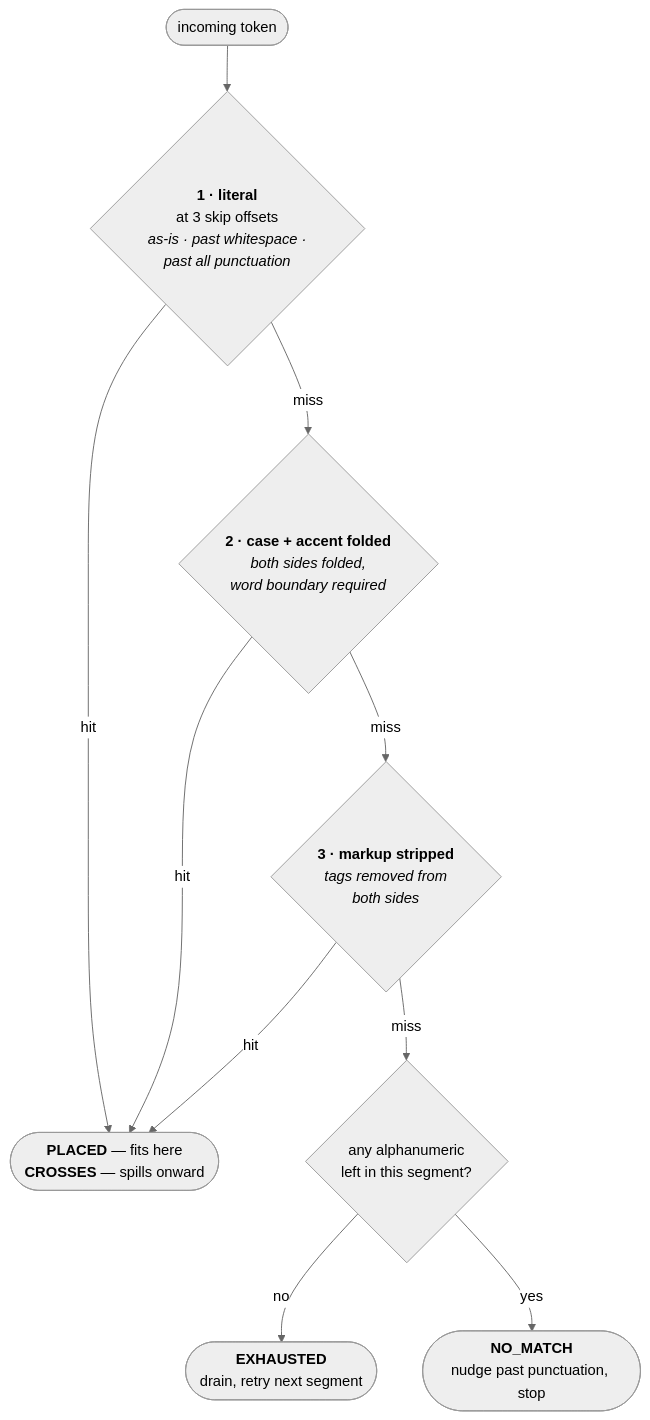
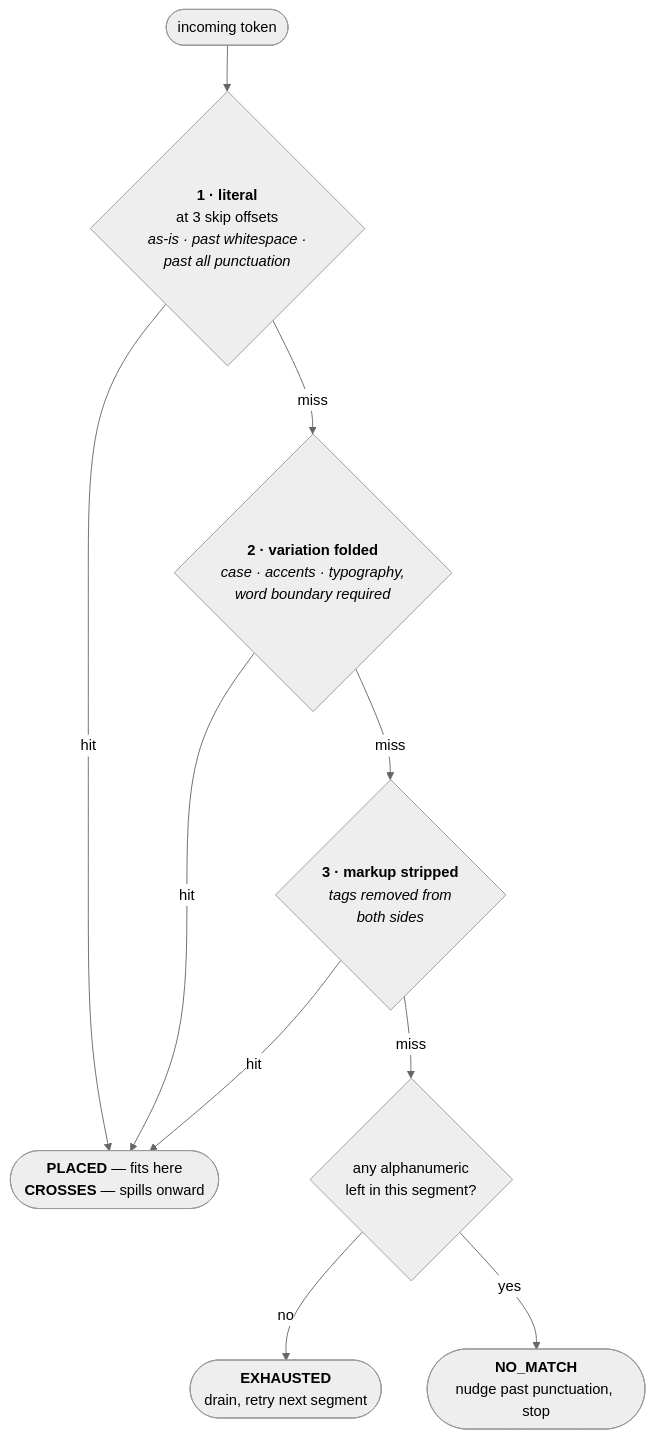
One commit to martinstiago/pipecat changed the diagram in docs/architecture/text-segment-map.md. Above: the diagram before and after it, drawn with Mermaid (neutral theme). The commit also changed other lines of this file, not shown here.

Commit message:
Explanation about how the completion tracker works.

````diff
--- a/docs/architecture/text-segment-map.md
+++ b/docs/architecture/text-segment-map.md
@@ -240,21 +240,21 @@
 ```mermaid
 flowchart TD
     W(["incoming token"]) --> S1
 
     S1{"<b>1 · literal</b><br/>at 3 skip offsets<br/><i>as-is · past whitespace ·<br/>past all punctuation</i>"}
     S1 -->|hit| R
     S1 -->|miss| S2
 
-    S2{"<b>2 · case + accent folded</b><br/><i>both sides folded,<br/>word boundary required</i>"}
+    S2{"<b>2 · variation folded</b><br/><i>case · accents · typography,<br/>word boundary required</i>"}
     S2 -->|hit| R
     S2 -->|miss| S3
 
     S3{"<b>3 · markup stripped</b><br/><i>tags removed from<br/>both sides</i>"}
     S3 -->|hit| R
     S3 -->|miss| ST
 
     R(["<b>PLACED</b> — fits here<br/><b>CROSSES</b> — spills onward"])
     ST{"any alphanumeric<br/>left in this segment?"}
     ST -->|no| EX(["<b>EXHAUSTED</b><br/>drain, retry next segment"])
     ST -->|yes| NM(["<b>NO_MATCH</b><br/>nudge past punctuation, stop"])
 ```
````
